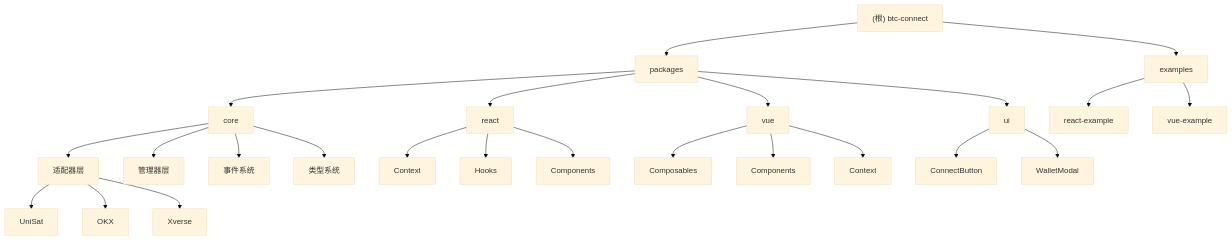
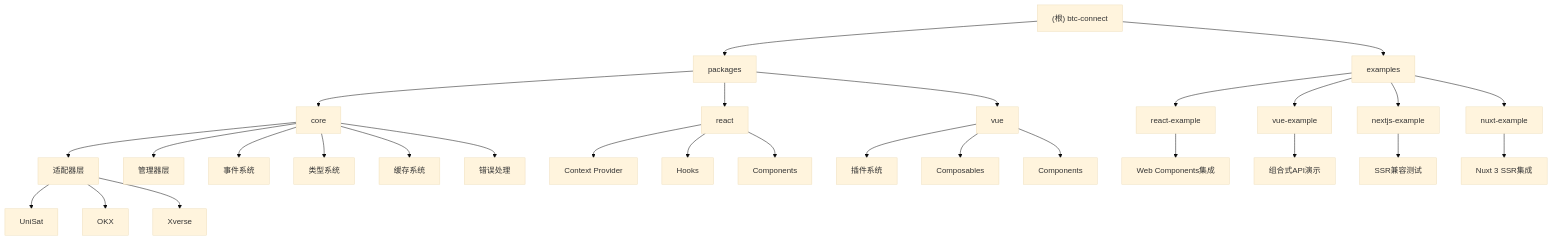
The first of 2 diagrams in CLAUDE.md (IceHugh/btc-connect), drawn with Mermaid (base theme) before and after one commit. The commit also changed other lines of this file and 135 other files, not shown here.

````diff
--- a/CLAUDE.md
+++ b/CLAUDE.md
@@ -21,38 +44,44 @@
 ```mermaid
 graph TD
     A["(根) btc-connect"] --> B["packages"];
     A --> C["examples"];
     B --> D["core"];
     B --> E["react"];
     B --> F["vue"];
-    B --> G["ui"];
-    C --> H["react-example"];
-    C --> I["vue-example"];
+    C --> G["react-example"];
+    C --> H["vue-example"];
+    C --> I["nextjs-example"];
+    C --> J["nuxt-example"];
 
-    D --> J["适配器层"];
-    D --> K["管理器层"];
-    D --> L["事件系统"];
-    D --> M["类型系统"];
+    D --> K["适配器层"];
+    D --> L["管理器层"];
+    D --> M["事件系统"];
+    D --> N["类型系统"];
+    D --> O["缓存系统"];
+    D --> P["错误处理"];
 
-    J --> N["UniSat"];
-    J --> O["OKX"];
-    J --> P["Xverse"];
+    K --> Q["UniSat"];
+    K --> R["OKX"];
+    K --> S["Xverse"];
 
-    E --> Q["Context"];
-    E --> R["Hooks"];
-    E --> S["Components"];
+    E --> T["Context Provider"];
+    E --> U["Hooks"];
+    E --> V["Components"];
 
-    F --> T["Composables"];
-    F --> U["Components"];
-    F --> V["Context"];
+    F --> W["插件系统"];
+    F --> X["Composables"];
+    F --> Y["Components"];
 
-    G --> W["ConnectButton"];
-    G --> X["WalletModal"];
+    G --> Z["Web Components集成"];
+    H --> AA["组合式API演示"];
+    I --> BB["SSR兼容测试"];
+    J --> CC["Nuxt 3 SSR集成"];
 
     click D "./packages/core/CLAUDE.md" "查看 core 模块文档"
     click E "./packages/react/CLAUDE.md" "查看 react 模块文档"
     click F "./packages/vue/CLAUDE.md" "查看 vue 模块文档"
-    click G "./packages/ui/CLAUDE.md" "查看 ui 模块文档"
-    click H "./examples/react/CLAUDE.md" "查看 react 示例文档"
-    click I "./examples/vue-example/CLAUDE.md" "查看 vue 示例文档"
+    click G "./examples/react/CLAUDE.md" "查看 react 示例文档"
+    click H "./examples/vue-example/CLAUDE.md" "查看 vue 示例文档"
+    click I "./examples/nextjs/CLAUDE.md" "查看 Next.js 示例文档"
+    click J "./examples/nuxt-example/CLAUDE.md" "查看 Nuxt 3 示例文档"
 ```
````
